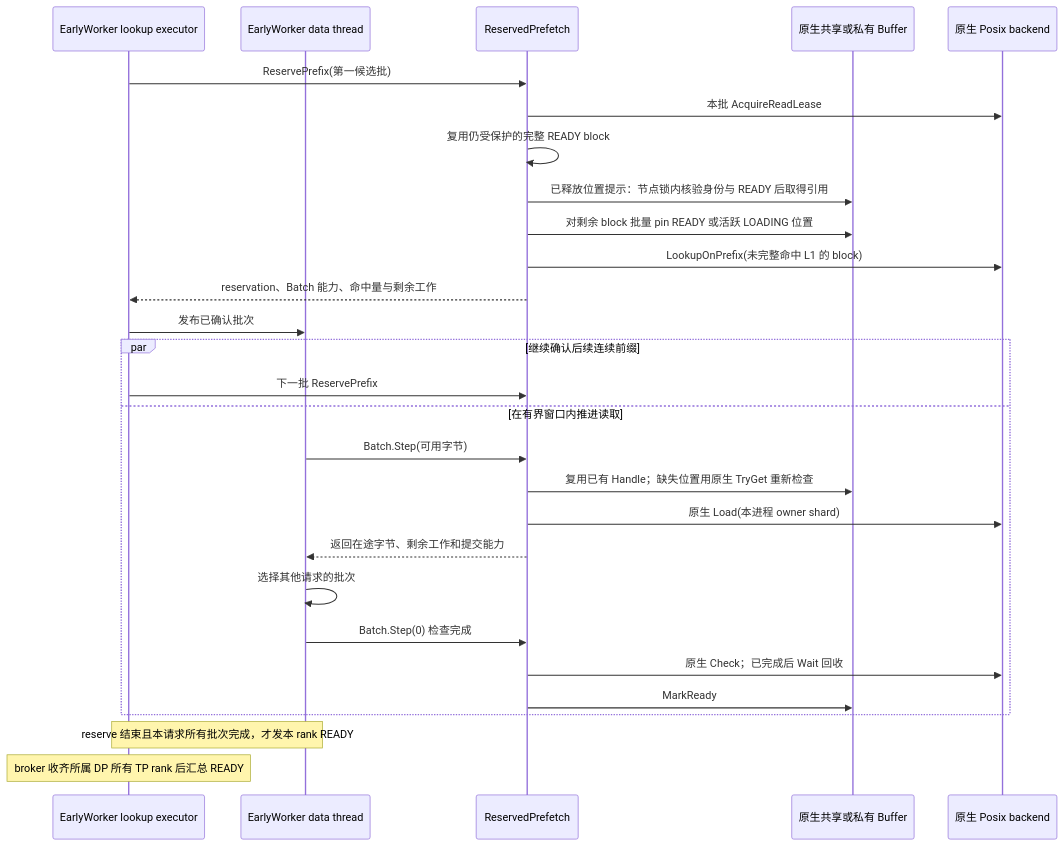
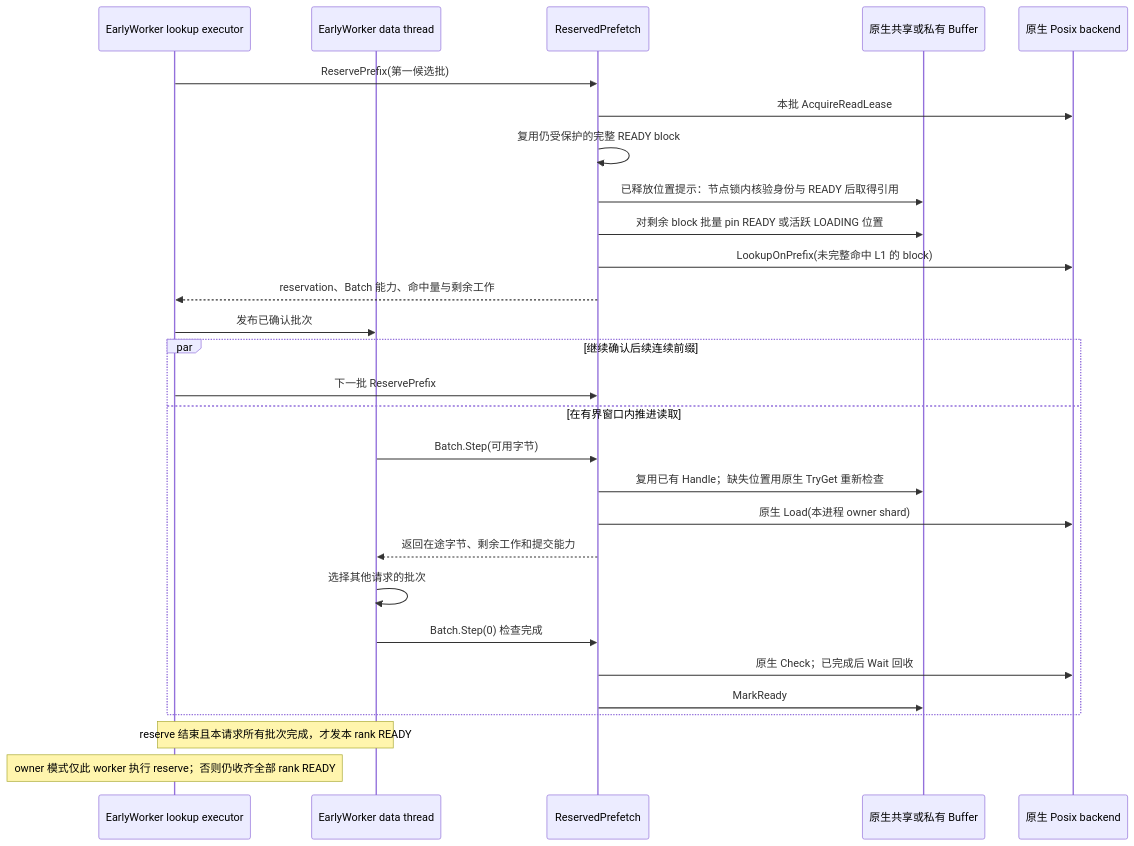
One commit to StorTecDev/ucm-prefetch changed the first of 3 diagrams in docs/EARLY_PREFETCH_DESIGN.md. Above: the diagram before and after it, drawn with Mermaid. The commit also changed other lines of this file and 1 other file, not shown here.

Commit message:
Document owner handshake, completion-scoped protection and recovery boundaries

````diff
--- a/docs/EARLY_PREFETCH_DESIGN.md
+++ b/docs/EARLY_PREFETCH_DESIGN.md
@@ -83,30 +86,30 @@
 ```mermaid
 sequenceDiagram
     participant W as EarlyWorker lookup executor
     participant D as EarlyWorker data thread
     participant R as ReservedPrefetch
     participant B as 原生共享或私有 Buffer
     participant P as 原生 Posix backend
     W->>R: ReservePrefix(第一候选批)
     R->>P: 本批 AcquireReadLease
     R->>R: 复用仍受保护的完整 READY block
     R->>B: 已释放位置提示：节点锁内核验身份与 READY 后取得引用
     R->>B: 对剩余 block 批量 pin READY 或活跃 LOADING 位置
     R->>P: LookupOnPrefix(未完整命中 L1 的 block)
     R-->>W: reservation、Batch 能力、命中量与剩余工作
     W->>D: 发布已确认批次
     par 继续确认后续连续前缀
         W->>R: 下一批 ReservePrefix
     and 在有界窗口内推进读取
         D->>R: Batch.Step(可用字节)
         R->>B: 复用已有 Handle；缺失位置用原生 TryGet 重新检查
         R->>P: 原生 Load(本进程 owner shard)
         R-->>D: 返回在途字节、剩余工作和提交能力
         D->>D: 选择其他请求的批次
         D->>R: Batch.Step(0) 检查完成
         R->>P: 原生 Check；已完成后 Wait 回收
         R->>B: MarkReady
     end
     Note over W,D: reserve 结束且本请求所有批次完成，才发本 rank READY
-    Note over W: broker 收齐所属 DP 所有 TP rank 后汇总 READY
+    Note over W: owner 模式仅此 worker 执行 reserve；否则仍收齐全部 rank READY
 ```
````
